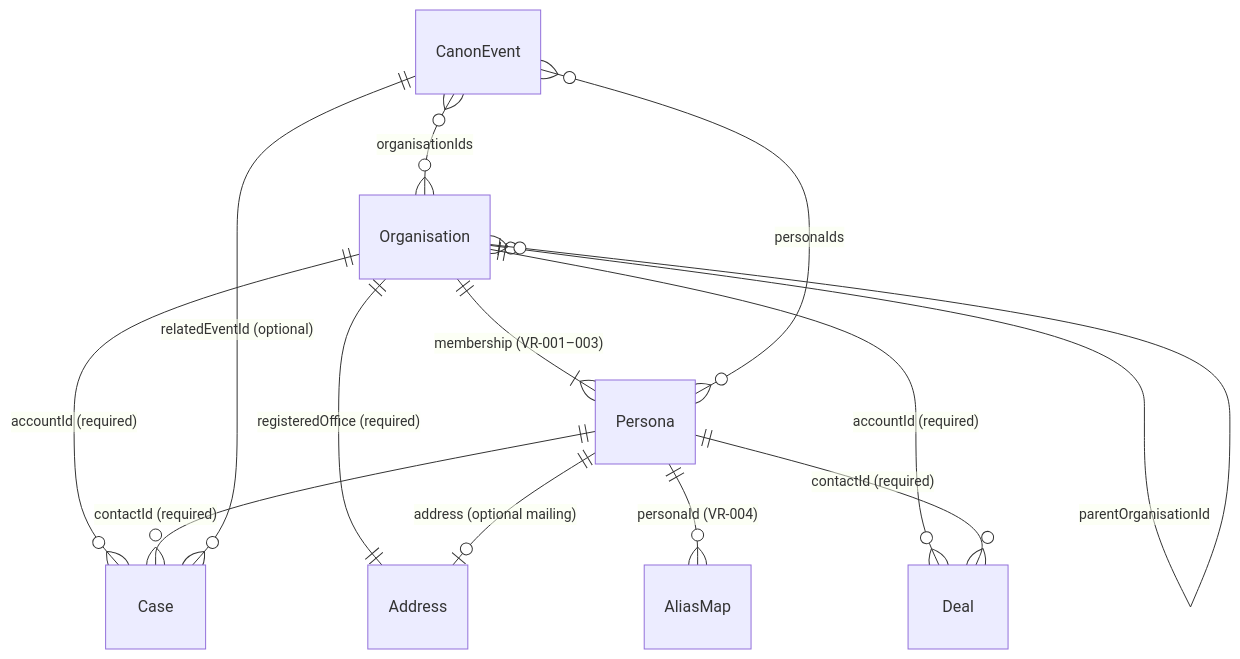
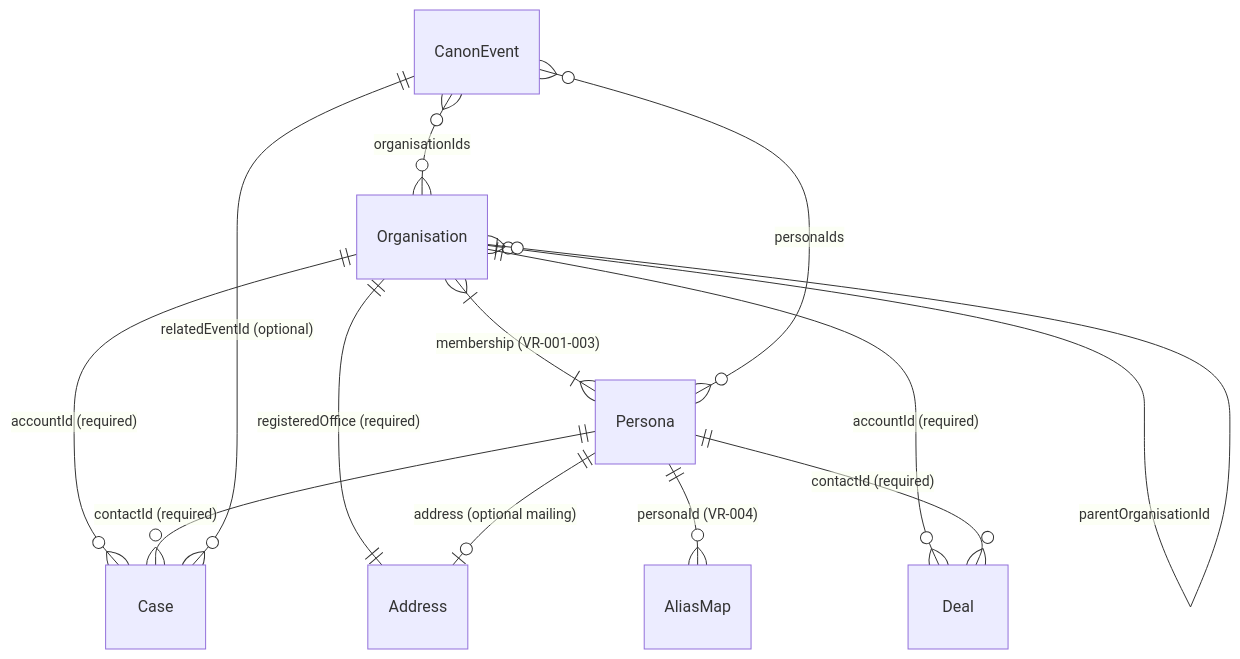
One commit to markheydon/turpinverse changed the first of 3 diagrams in docs/entity-relationships.md. Above: the diagram before and after it, drawn with Mermaid.

Commit message:
Show organisation–persona membership as many-to-many in Mermaid.
Crow's foot on both sides matches schema minItems: 1 on organisationIds
and memberPersonaIds, so a person can belong to several organisations.

````diff
--- a/docs/entity-relationships.md
+++ b/docs/entity-relationships.md
@@ -25,15 +25,15 @@
 ```mermaid
 erDiagram
-    Organisation ||--|{ Persona : "membership (VR-001–003)"
+    Organisation }|--|{ Persona : "membership (VR-001-003)"
     Organisation |o--o{ Organisation : "parentOrganisationId"
     Organisation ||--|| Address : "registeredOffice (required)"
     Persona ||--o| Address : "address (optional mailing)"
     Persona ||--o{ AliasMap : "personaId (VR-004)"
     Organisation ||--o{ Deal : "accountId (required)"
     Persona ||--o{ Deal : "contactId (required)"
     Organisation ||--o{ Case : "accountId (required)"
     Persona ||--o{ Case : "contactId (required)"
     CanonEvent ||--o{ Case : "relatedEventId (optional)"
     CanonEvent }o--o{ Persona : "personaIds"
     CanonEvent }o--o{ Organisation : "organisationIds"
 ```
````
